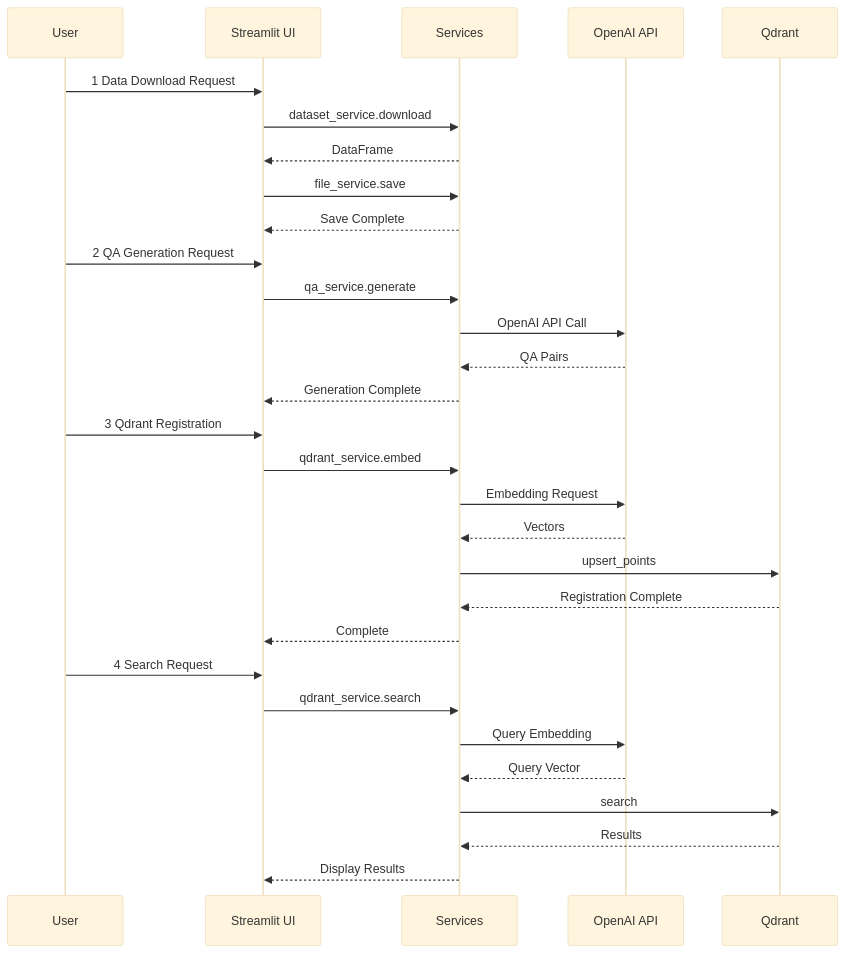
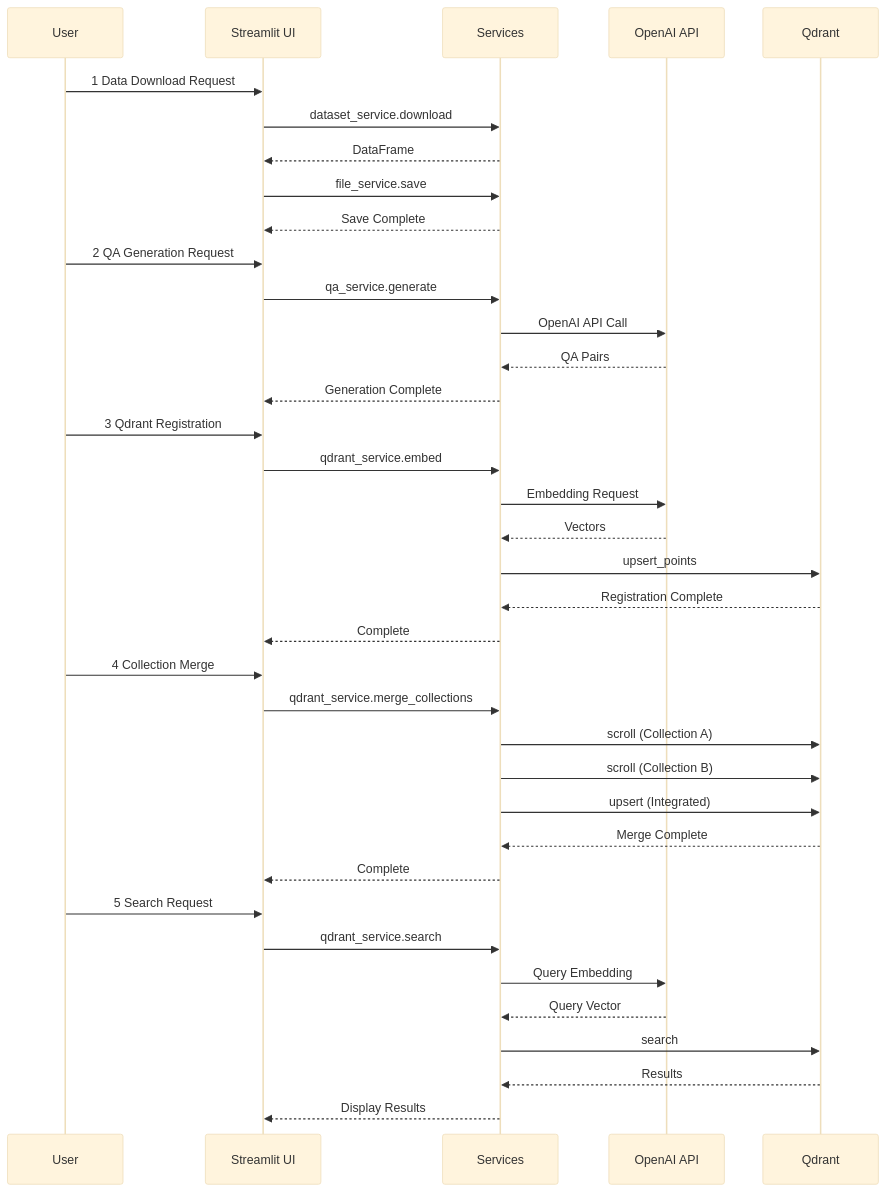
One commit to nakashima2toshio/openai_rag_qa_jp changed the second of 11 diagrams in doc/rag_qa_pair_qdrant.md. Above: the diagram before and after it, drawn with Mermaid (base theme). The commit also changed other lines of this file and 13 other files, not shown here.

````diff
--- a/doc/rag_qa_pair_qdrant.md
+++ b/doc/rag_qa_pair_qdrant.md
@@ -222,36 +225,44 @@
 ```mermaid
 sequenceDiagram
     participant U as User
     participant UI as Streamlit UI
     participant Svc as Services
     participant API as OpenAI API
     participant DB as Qdrant
 
     U->>UI: 1 Data Download Request
     UI->>Svc: dataset_service.download
     Svc-->>UI: DataFrame
     UI->>Svc: file_service.save
     Svc-->>UI: Save Complete
 
     U->>UI: 2 QA Generation Request
     UI->>Svc: qa_service.generate
     Svc->>API: OpenAI API Call
     API-->>Svc: QA Pairs
     Svc-->>UI: Generation Complete
 
     U->>UI: 3 Qdrant Registration
     UI->>Svc: qdrant_service.embed
     Svc->>API: Embedding Request
     API-->>Svc: Vectors
     Svc->>DB: upsert_points
     DB-->>Svc: Registration Complete
     Svc-->>UI: Complete
 
-    U->>UI: 4 Search Request
+    U->>UI: 4 Collection Merge
+    UI->>Svc: qdrant_service.merge_collections
+    Svc->>DB: scroll (Collection A)
+    Svc->>DB: scroll (Collection B)
+    Svc->>DB: upsert (Integrated)
+    DB-->>Svc: Merge Complete
+    Svc-->>UI: Complete
+
+    U->>UI: 5 Search Request
     UI->>Svc: qdrant_service.search
     Svc->>API: Query Embedding
     API-->>Svc: Query Vector
     Svc->>DB: search
     DB-->>Svc: Results
     Svc-->>UI: Display Results
 ```
````
